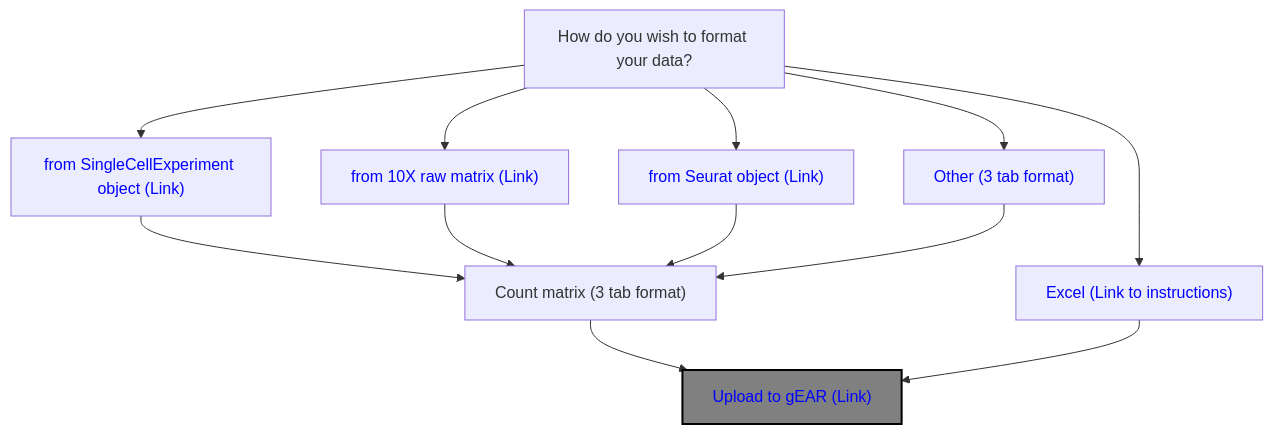
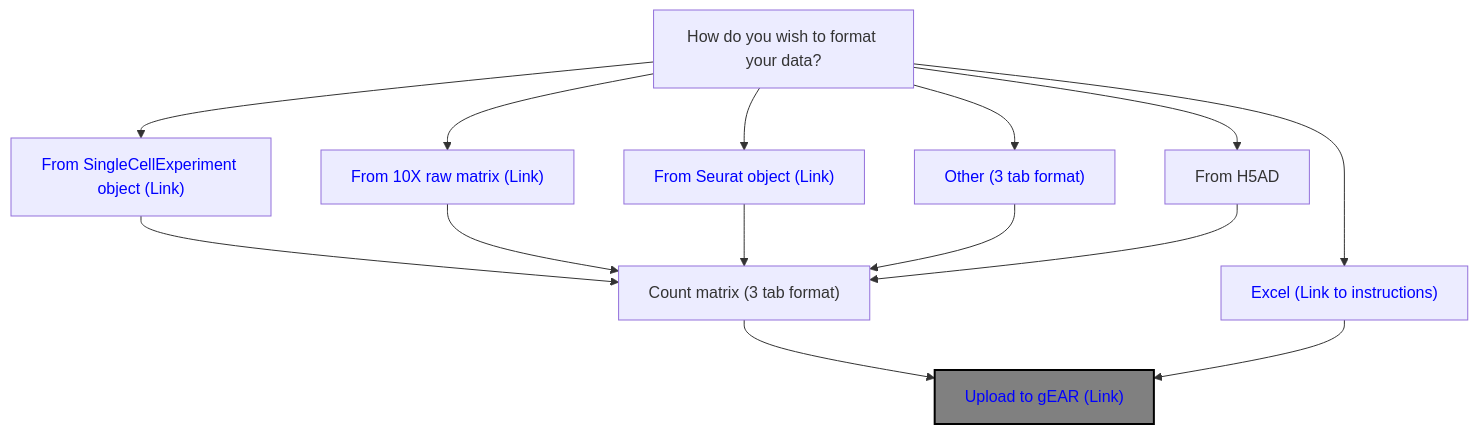
Before and after one commit to IGS/gEAR: the second of 2 diagrams in docs/wiki/UploadingOverview.md, drawn with Mermaid. The commit also changed other lines of this file, not shown here.

````diff
--- a/docs/wiki/UploadingOverview.md
+++ b/docs/wiki/UploadingOverview.md
@@ -74,31 +77,33 @@
 ```mermaid
 graph TB
 
 A[How do you wish to format your data?]
 A-->B["Excel (Link to instructions)"]
-A-->D["from Seurat object (Link)"]
-A-->E["from 10X raw matrix (Link)"]
-A-->G["from SingleCellExperiment object (Link)"]
+A-->D["From Seurat object (Link)"]
+A-->E["From 10X raw matrix (Link)"]
+A-->G["From SingleCellExperiment object (Link)"]
 G-->F["Count matrix (3 tab format)"]
 A-->I["Other (3 tab format)"]
+A-->J["From H5AD"]
 E-->F
 D-->F
 F-->H["Upload to gEAR (Link)"]
 B-->H
 I-->F
+J-->F
 
 
 click B "https://docs.google.com/presentation/d/1ptk78OJAQJnyRKe3Gkejqa43Vh-cP21h/edit?usp=sharing&ouid=102015920709954238045&rtpof=true&sd=true" "Excel upload instructions"
 click D "https://github.com/IGS/gEAR/wiki/Uploading-Single-Cell-Sequencing-data#b-prepare-the-files-based-on-seurat-processed-output-all-the-command-below-are-r-script" "Preparing Seurat object for upload"
 click E "https://github.com/IGS/gEAR/wiki/Uploading-Single-Cell-Sequencing-data#a-prepare-the-files-using-the-raw-matrix-from-10x-platform" "Preparing 10X matrix for upload"
 click F "https://umgear.org/upload_dataset.html" "Uploading to gEAR"
 click G "https://github.com/IGS/gEAR/wiki/Uploading-Single-Cell-Sequencing-data#c-prepare-the-files-from-singlecellexperiment-object" "Preparing data from a SingleCellExperiment Object"
 click I "https://docs.google.com/presentation/d/1wZcAy3QLEIndXXB82mBcgUzWNNUvwII_/edit?usp=sharing&ouid=102015920709954238045&rtpof=true&sd=true"
 
 style H fill:gray,stroke:black,stroke-width:2px,color:blue
 style B color:blue
 style D color:blue
 style E color:blue
 style G color:blue
 style I color:blue
 ```
````
